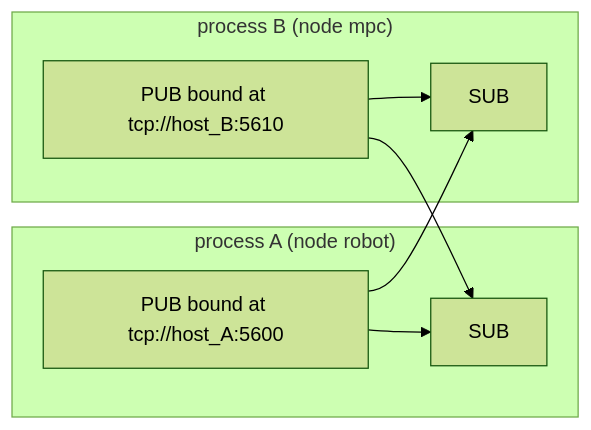
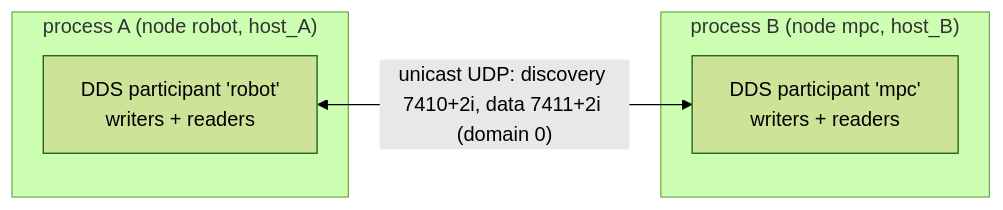
Before and after one commit to nicholaspalomo/wb_humanoid_mpc: the diagram in robot_runtime/robot_ipc/README.md, drawn with Mermaid (forest theme). The commit also changed other lines of this file and 1341 other files, not shown here.

````diff
--- a/robot_runtime/robot_ipc/README.md
+++ b/robot_runtime/robot_ipc/README.md
@@ -10,15 +15,10 @@
 ```mermaid
 flowchart LR
-  subgraph A["process A (node robot)"]
-    PA["PUB bound at tcp://host_A:5600"]
-    SA["SUB"]
+  subgraph A["process A (node robot, host_A)"]
+    PA["DDS participant 'robot'<br/>writers + readers"]
   end
-  subgraph B["process B (node mpc)"]
-    PB["PUB bound at tcp://host_B:5610"]
-    SB["SUB"]
+  subgraph B["process B (node mpc, host_B)"]
+    PB["DDS participant 'mpc'<br/>writers + readers"]
   end
-  PA --> SA
-  PA --> SB
-  PB --> SA
-  PB --> SB
+  PA <-- "unicast UDP: discovery 7410+2i, data 7411+2i (domain 0)" --> PB
 ```
````
